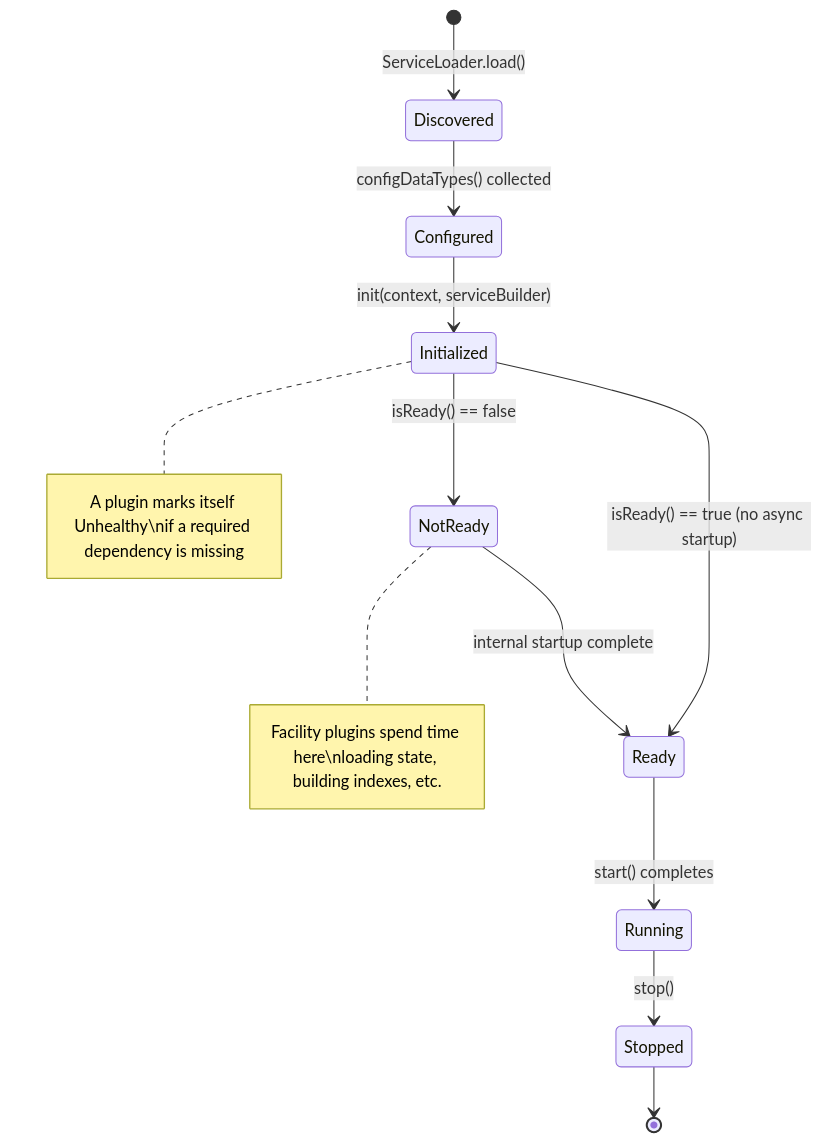
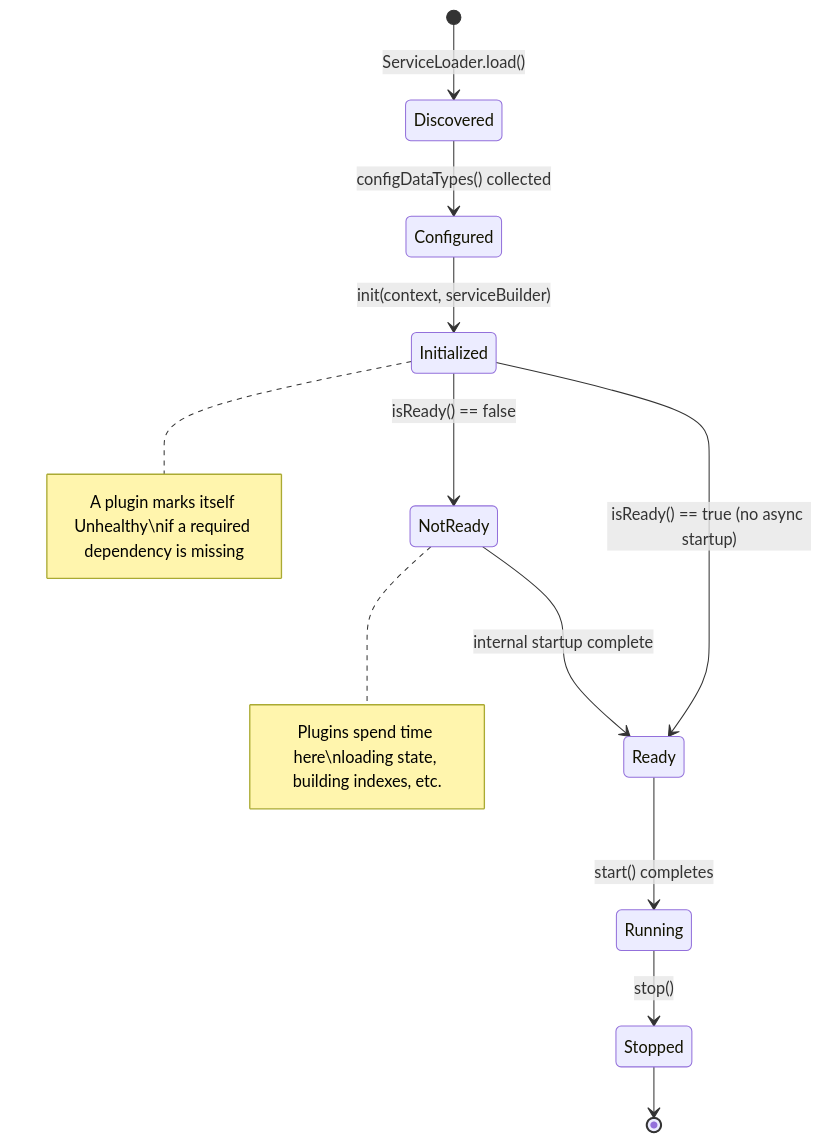
The first of 4 diagrams in docs/design/architecture/new-plugin-architecture.md (hiero-ledger/hiero-block-node), drawn with Mermaid before and after one commit. The commit also changed other lines of this file, not shown here.

First line of the commit message:
- Change facility to a deprecated pattern. - Show the new architecture as plugins with the ability to depend on other plugins

````diff
--- a/docs/design/architecture/new-plugin-architecture.md
+++ b/docs/design/architecture/new-plugin-architecture.md
@@ -398,15 +398,15 @@
 ```mermaid
 stateDiagram-v2
     [*] --> Discovered : ServiceLoader.load()
     Discovered --> Configured : configDataTypes() collected
     Configured --> Initialized : init(context, serviceBuilder)
     Initialized --> NotReady : isReady() == false
     Initialized --> Ready : isReady() == true (no async startup)
     NotReady --> Ready : internal startup complete
     Ready --> Running : start() completes
     Running --> Stopped : stop()
     Stopped --> [*]
 
-    note right of NotReady : Facility plugins spend time here\nloading state, building indexes, etc.
+    note right of NotReady : Plugins spend time here\nloading state, building indexes, etc.
     note right of Initialized : A plugin marks itself Unhealthy\nif a required dependency is missing
 ```
````
